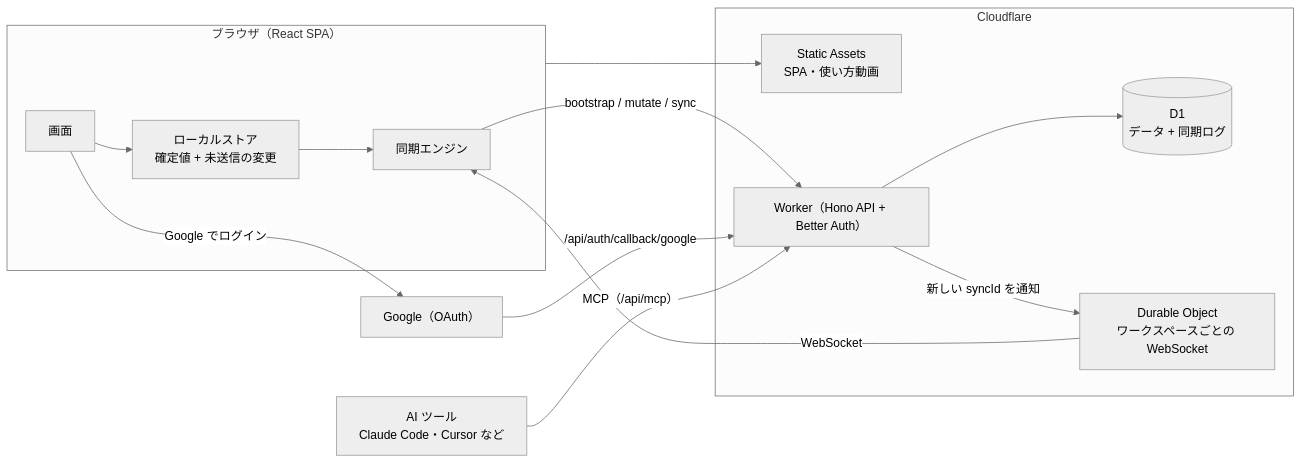
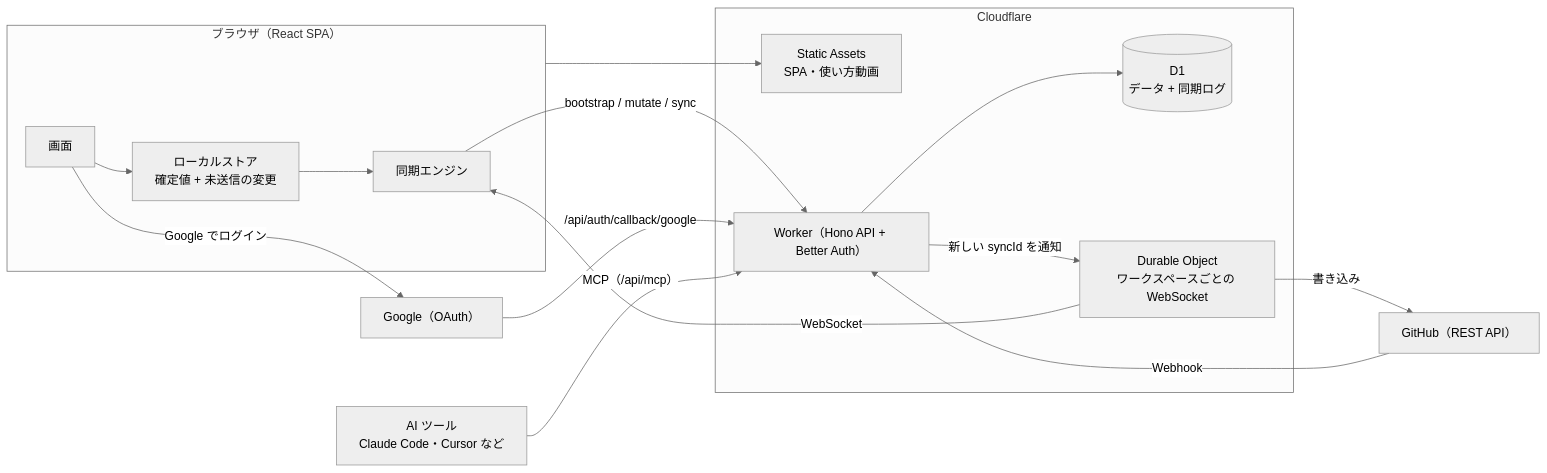
One commit to otomatty/sen changed the diagram in README.md. Above: the diagram before and after it, drawn with Mermaid (neutral theme). The commit also changed other lines of this file and 47 other files, not shown here.

First line of the commit message:
GitHub 連携：GitHub Issues と課題を双方向に同期し、PR を課題に紐づける (#40)

````diff
--- a/README.md
+++ b/README.md
@@ -56,20 +58,22 @@
 ```mermaid
 flowchart LR
   subgraph Browser["ブラウザ（React SPA）"]
     UI["画面"] --> Store["ローカルストア<br/>確定値 + 未送信の変更"]
     Store --> Engine["同期エンジン"]
   end
   subgraph CF["Cloudflare"]
     Assets["Static Assets<br/>SPA・使い方動画"]
     Worker["Worker（Hono API + Better Auth）"]
     D1[("D1<br/>データ + 同期ログ")]
     DO["Durable Object<br/>ワークスペースごとの WebSocket"]
   end
   Engine -- "bootstrap / mutate / sync" --> Worker
   UI -- "Google でログイン" --> Google["Google（OAuth）"] -- "/api/auth/callback/google" --> Worker
   AI["AI ツール<br/>Claude Code・Cursor など"] -- "MCP（/api/mcp）" --> Worker
   Worker --> D1
   Worker -- "新しい syncId を通知" --> DO
   DO -- "WebSocket" --> Engine
+  DO -- "書き込み" --> GH["GitHub（REST API）"]
+  GH -- "Webhook" --> Worker
   Browser --> Assets
 ```
````
